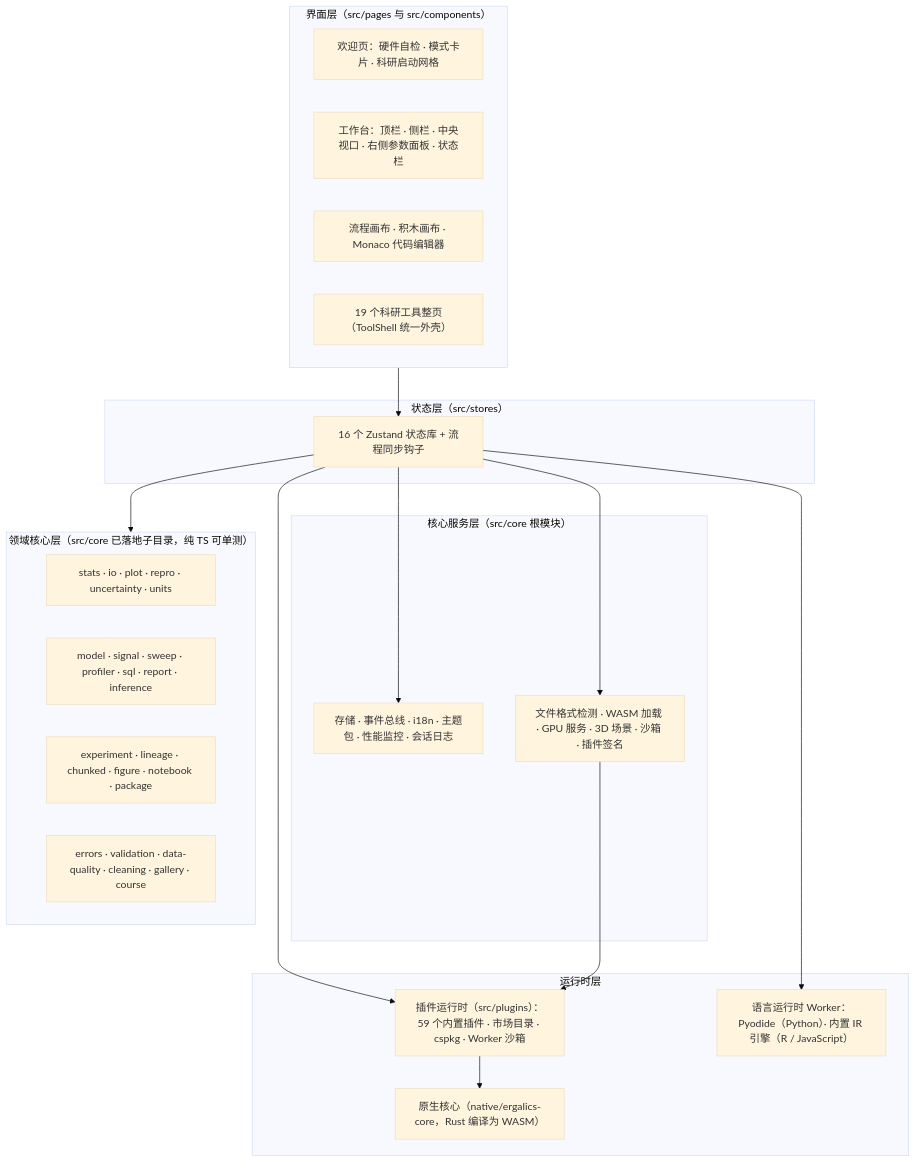
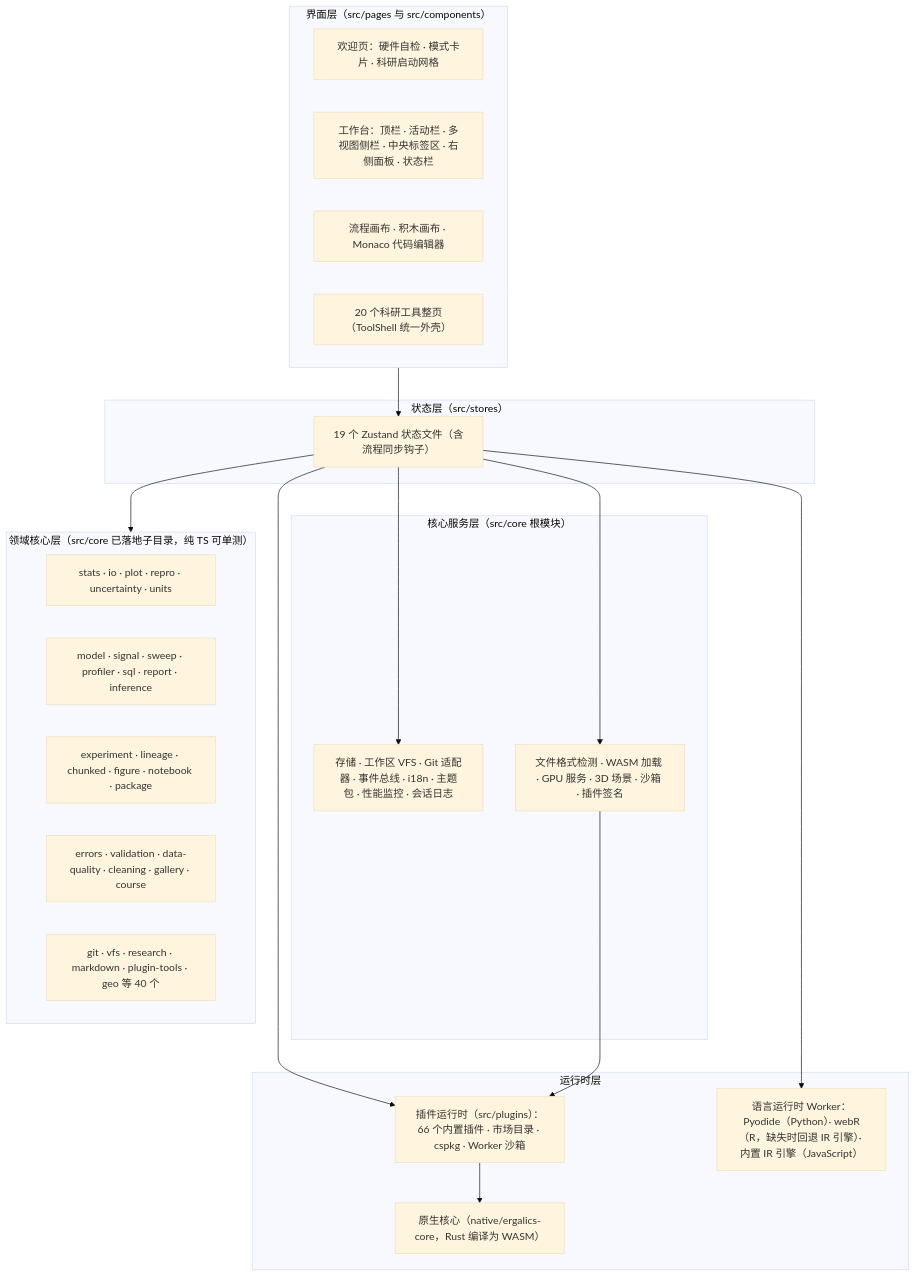
The first of 3 diagrams in docs/technical/02-系统架构.md (SnowLeopard-io/ErgalicsStudio), drawn with Mermaid (base theme) before and after one commit. The commit also changed other lines of this file and 128 other files, not shown here.

````diff
--- a/docs/technical/02-系统架构.md
+++ b/docs/technical/02-系统架构.md
@@ -9,35 +9,36 @@
 ```mermaid
 flowchart TB
     subgraph L1["界面层（src/pages 与 src/components）"]
         A1["欢迎页：硬件自检 · 模式卡片 · 科研启动网格"]
-        A2["工作台：顶栏 · 侧栏 · 中央视口 · 右侧参数面板 · 状态栏"]
+        A2["工作台：顶栏 · 活动栏 · 多视图侧栏 · 中央标签区 · 右侧面板 · 状态栏"]
         A3["流程画布 · 积木画布 · Monaco 代码编辑器"]
-        A4["19 个科研工具整页（ToolShell 统一外壳）"]
+        A4["20 个科研工具整页（ToolShell 统一外壳）"]
     end
     subgraph L2["状态层（src/stores）"]
-        B1["16 个 Zustand 状态库 + 流程同步钩子"]
+        B1["19 个 Zustand 状态文件（含流程同步钩子）"]
     end
     subgraph L3["核心服务层（src/core 根模块）"]
-        C1["存储 · 事件总线 · i18n · 主题包 · 性能监控 · 会话日志"]
+        C1["存储 · 工作区 VFS · Git 适配器 · 事件总线 · i18n · 主题包 · 性能监控 · 会话日志"]
         C2["文件格式检测 · WASM 加载 · GPU 服务 · 3D 场景 · 沙箱 · 插件签名"]
     end
     subgraph L35["领域核心层（src/core 已落地子目录，纯 TS 可单测）"]
         E1["stats · io · plot · repro · uncertainty · units"]
         E2["model · signal · sweep · profiler · sql · report · inference"]
         E3["experiment · lineage · chunked · figure · notebook · package"]
         E4["errors · validation · data-quality · cleaning · gallery · course"]
+        E5["git · vfs · research · markdown · plugin-tools · geo 等 40 个"]
     end
     subgraph L4["运行时层"]
-        D1["插件运行时（src/plugins）：59 个内置插件 · 市场目录 · cspkg · Worker 沙箱"]
+        D1["插件运行时（src/plugins）：66 个内置插件 · 市场目录 · cspkg · Worker 沙箱"]
         D2["原生核心（native/ergalics-core，Rust 编译为 WASM）"]
-        D3["语言运行时 Worker：Pyodide（Python）· 内置 IR 引擎（R / JavaScript）"]
+        D3["语言运行时 Worker：Pyodide（Python）· webR（R，缺失时回退 IR 引擎）· 内置 IR 引擎（JavaScript）"]
     end
     L1 --> B1
     B1 --> C1
     B1 --> C2
     B1 --> L35
     B1 --> D1
     C2 --> D1
     D1 --> D2
     B1 --> D3
 ```
````
